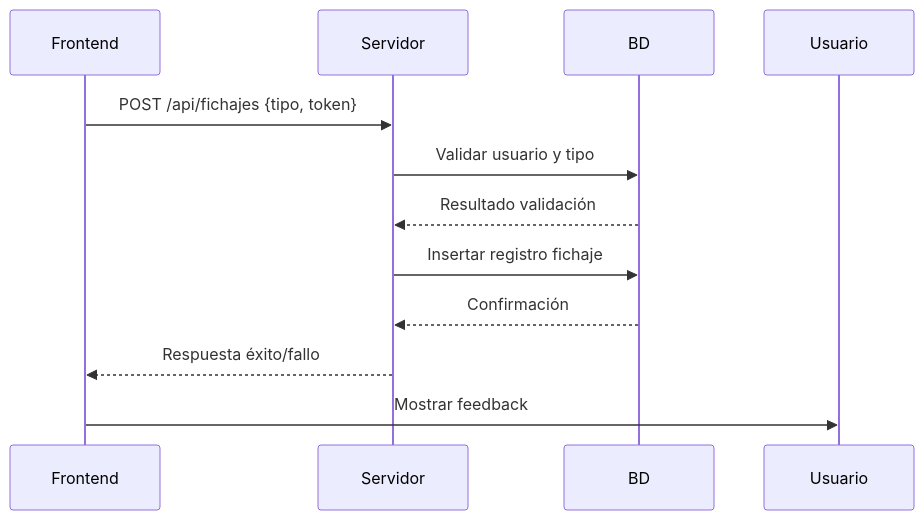
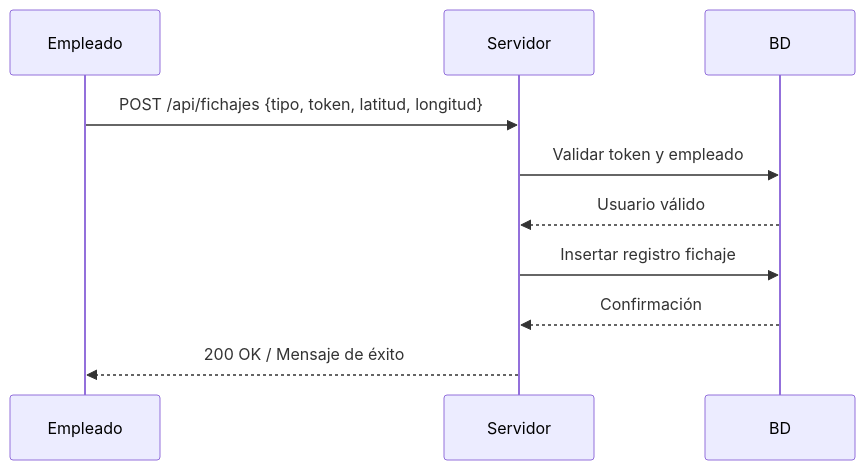
The fourth of 7 diagrams in README.md (danielbolamartinez/Work-O-Clock-2.0), drawn with Mermaid before and after one commit. The commit also changed other lines of this file and 1 other file, not shown here.

````diff
--- a/README.md
+++ b/README.md
@@ -101,14 +161,13 @@
 ```mermaid
 sequenceDiagram
-participant Frontend
-participant Servidor
-participant BD
+    participant Empleado
+    participant Servidor
+    participant BD
 
-Frontend->>Servidor: POST /api/fichajes {tipo, token}
-Servidor->>BD: Validar usuario y tipo
-BD-->>Servidor: Resultado validación
-Servidor->>BD: Insertar registro fichaje
-BD-->>Servidor: Confirmación
-Servidor-->>Frontend: Respuesta éxito/fallo
-Frontend->>Usuario: Mostrar feedback
+    Empleado->>Servidor: POST /api/fichajes {tipo, token, latitud, longitud}
+    Servidor->>BD: Validar token y empleado
+    BD-->>Servidor: Usuario válido
+    Servidor->>BD: Insertar registro fichaje
+    BD-->>Servidor: Confirmación
+    Servidor-->>Empleado: 200 OK / Mensaje de éxito
 ```
````
